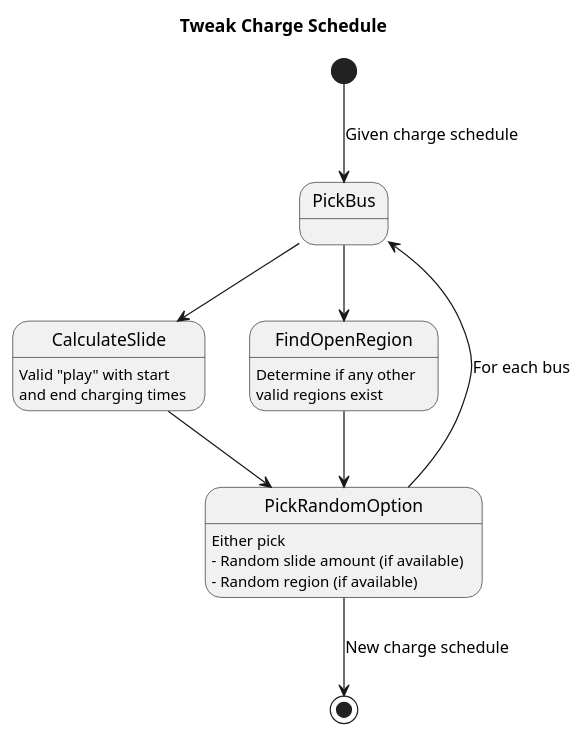
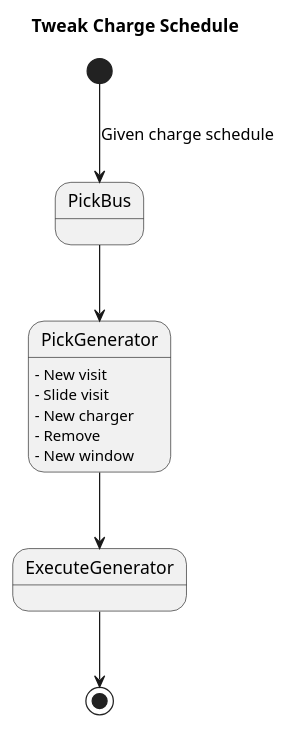
One commit to alexb7711/sa-pap changed the diagram in docs/uml/charge_tweak.puml. Above: the diagram before and after it, drawn with PlantUML. The commit also changed 3 other files, not shown here.

```diff
--- a/docs/uml/charge_tweak.puml
+++ b/docs/uml/charge_tweak.puml
@@ -1,24 +1,19 @@
 @startuml
 title Tweak Charge Schedule
 
 [*] --> PickBus : Given charge schedule
 
-' Slide
-PickBus --> CalculateSlide
-CalculateSlide : Valid "play" with start \nand end charging times
+' Pick generator
+PickBus --> PickGenerator
+PickGenerator : - New visit
+PickGenerator : - Slide visit
+PickGenerator : - New charger
+PickGenerator : - Remove
+PickGenerator : - New window
 
-CalculateSlide --> PickRandomOption
+' Execute selected generator
+PickGenerator --> ExecuteGenerator
 
-' Region
-PickBus --> FindOpenRegion
-FindOpenRegion : Determine if any other \nvalid regions exist
-
-FindOpenRegion --> PickRandomOption
-PickRandomOption : Either pick
-PickRandomOption : - Random slide amount (if available)
-PickRandomOption : - Random region (if available)
-
-PickRandomOption --> PickBus : For each bus
-PickRandomOption --> [*] : New charge schedule
+ExecuteGenerator --> [*]
 
 @enduml
```
